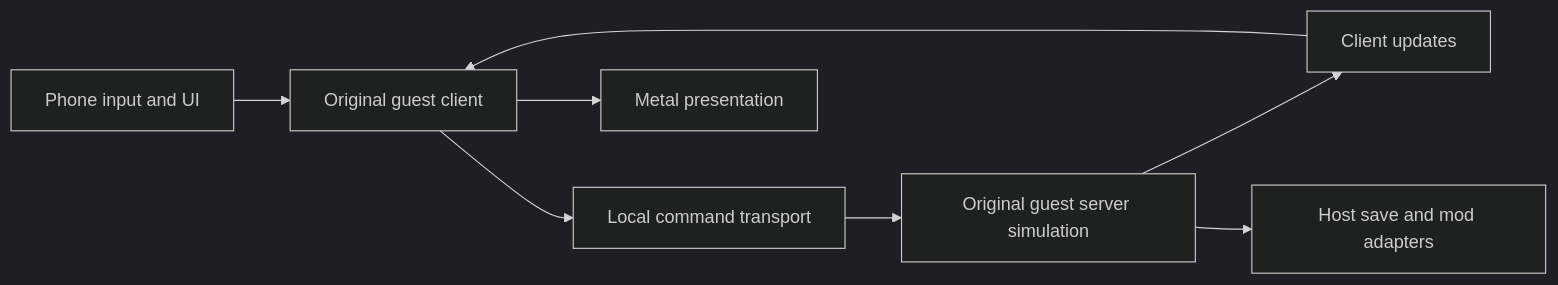
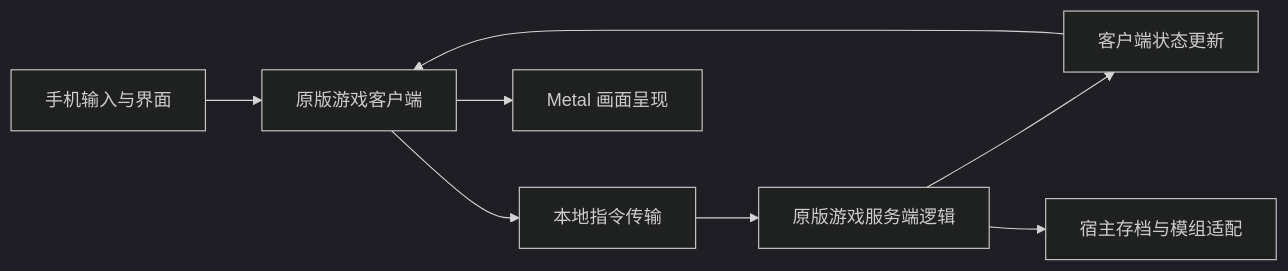
One commit to codetrek/d2r-mobile changed the first of 2 diagrams in docs/_drafts/d2r-server/2026-10-20-d2r-server-design.md. Above: the diagram before and after it, drawn with Mermaid (dark theme). The commit also changed other lines of this file and 1 other file, not shown here.

First line of the commit message:
Docs: translate server design and evidence into Chinese

````diff
--- a/docs/_drafts/d2r-server/2026-10-20-d2r-server-design.md
+++ b/docs/_drafts/d2r-server/2026-10-20-d2r-server-design.md
@@ -39,10 +43,10 @@
 ```mermaid
 flowchart LR
-  Input[Phone input and UI] --> Client[Original guest client]
-  Client --> Local[Local command transport]
-  Local --> Simulation[Original guest server simulation]
-  Simulation --> Updates[Client updates]
+  Input[手机输入与界面] --> Client[原版游戏客户端]
+  Client --> Local[本地指令传输]
+  Local --> Simulation[原版游戏服务端逻辑]
+  Simulation --> Updates[客户端状态更新]
   Updates --> Client
-  Simulation --> Save[Host save and mod adapters]
-  Client --> Metal[Metal presentation]
+  Simulation --> Save[宿主存档与模组适配]
+  Client --> Metal[Metal 画面呈现]
 ```
````
